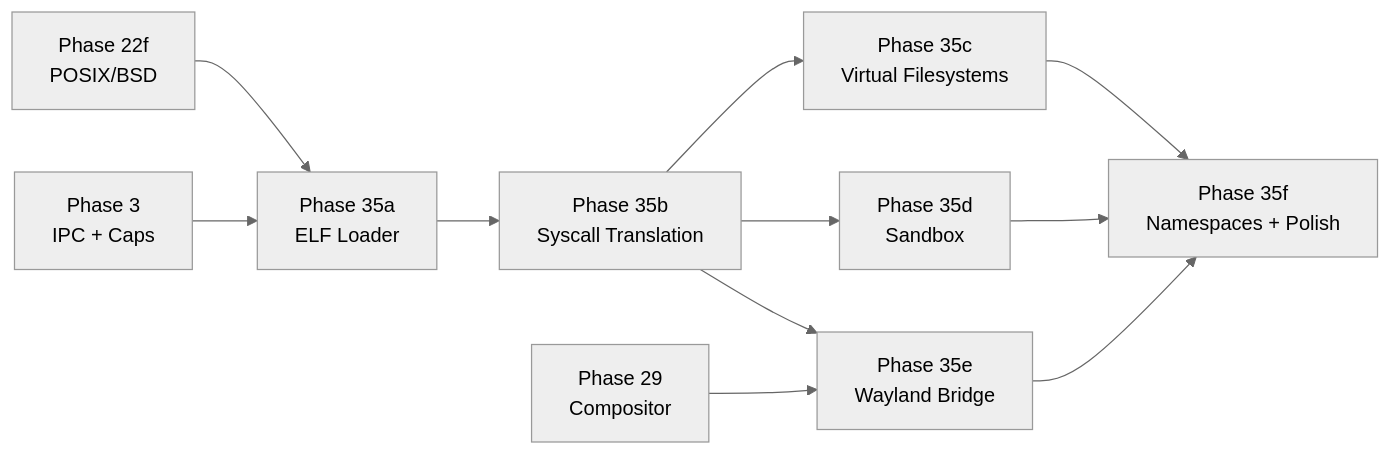
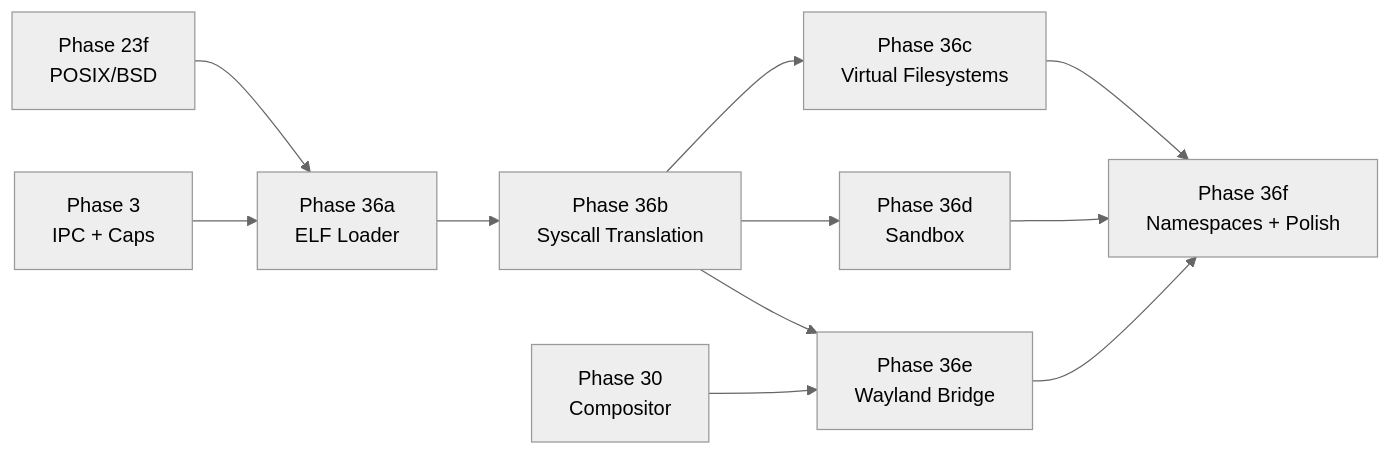
Before and after one commit to juslee/aios: the second of 2 diagrams in docs/platform/linux-compat.md, drawn with Mermaid (neutral theme). The commit also changed other lines of this file and 135 other files, not shown here.

First line of the commit message:
Renumber Phase 5→6 through Phase 46→47 across architecture docs

````diff
--- a/docs/platform/linux-compat.md
+++ b/docs/platform/linux-compat.md
@@ -186,13 +186,13 @@
 ```mermaid
 flowchart LR
-    P22["Phase 22f\nPOSIX/BSD"] --> P35a["Phase 35a\nELF Loader"]
+    P22["Phase 23f\nPOSIX/BSD"] --> P35a["Phase 36a\nELF Loader"]
     P3["Phase 3\nIPC + Caps"] --> P35a
-    P35a --> P35b["Phase 35b\nSyscall Translation"]
-    P35b --> P35c["Phase 35c\nVirtual Filesystems"]
-    P35b --> P35d["Phase 35d\nSandbox"]
-    P29["Phase 29\nCompositor"] --> P35e["Phase 35e\nWayland Bridge"]
+    P35a --> P35b["Phase 36b\nSyscall Translation"]
+    P35b --> P35c["Phase 36c\nVirtual Filesystems"]
+    P35b --> P35d["Phase 36d\nSandbox"]
+    P29["Phase 30\nCompositor"] --> P35e["Phase 36e\nWayland Bridge"]
     P35b --> P35e
-    P35c --> P35f["Phase 35f\nNamespaces + Polish"]
+    P35c --> P35f["Phase 36f\nNamespaces + Polish"]
     P35d --> P35f
     P35e --> P35f
 ```
````
